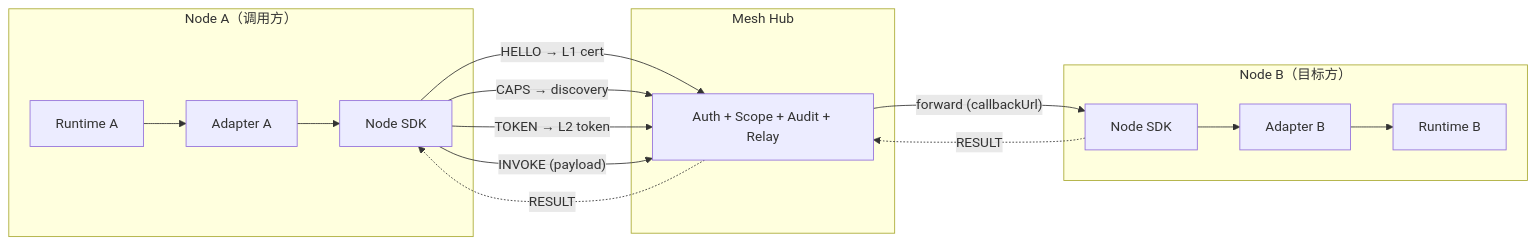
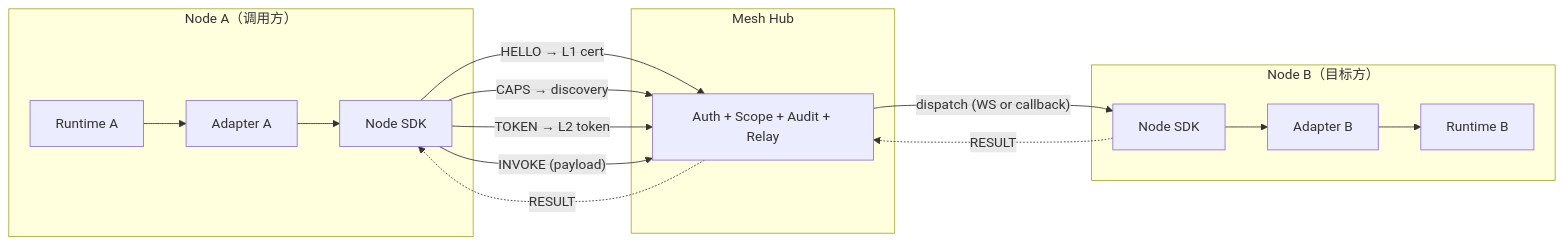
One commit to xu75/agent-mesh-doc changed the second of 4 diagrams in docs/ARCHITECTURE.zh-CN.md. Above: the diagram before and after it, drawn with Mermaid. The commit also changed other lines of this file and 4 other files, not shown here.

````diff
--- a/docs/ARCHITECTURE.zh-CN.md
+++ b/docs/ARCHITECTURE.zh-CN.md
@@ -222,22 +222,22 @@
 ```mermaid
 graph LR
     subgraph "Node A（调用方）"
         RA[Runtime A] --> AA[Adapter A] --> NA[Node SDK]
     end
 
     subgraph "Mesh Hub"
         H[Auth + Scope + Audit + Relay]
     end
 
     subgraph "Node B（目标方）"
         NB[Node SDK] --> AB[Adapter B] --> RB[Runtime B]
     end
 
     NA -- "HELLO → L1 cert" --> H
     NA -- "CAPS → discovery" --> H
     NA -- "TOKEN → L2 token" --> H
     NA -- "INVOKE (payload)" --> H
-    H -- "forward (callbackUrl)" --> NB
+    H -- "dispatch (WS or callback)" --> NB
     NB -. "RESULT" .-> H
     H -. "RESULT" .-> NA
 ```
````
